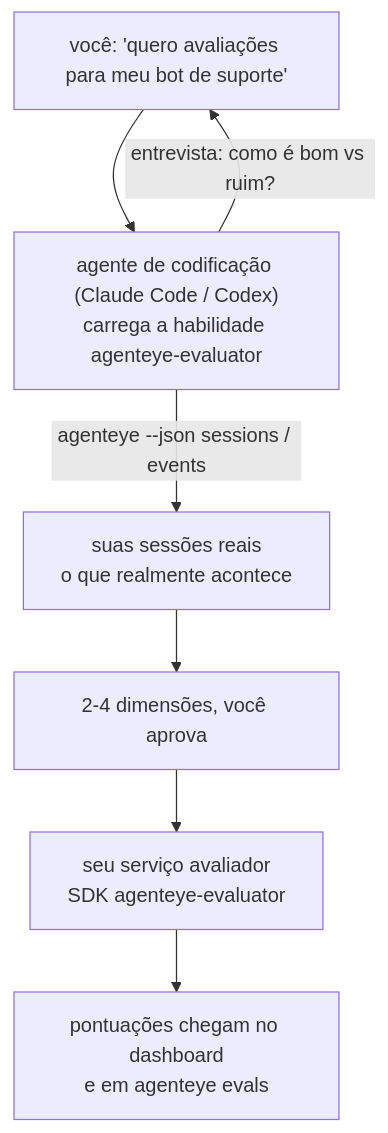
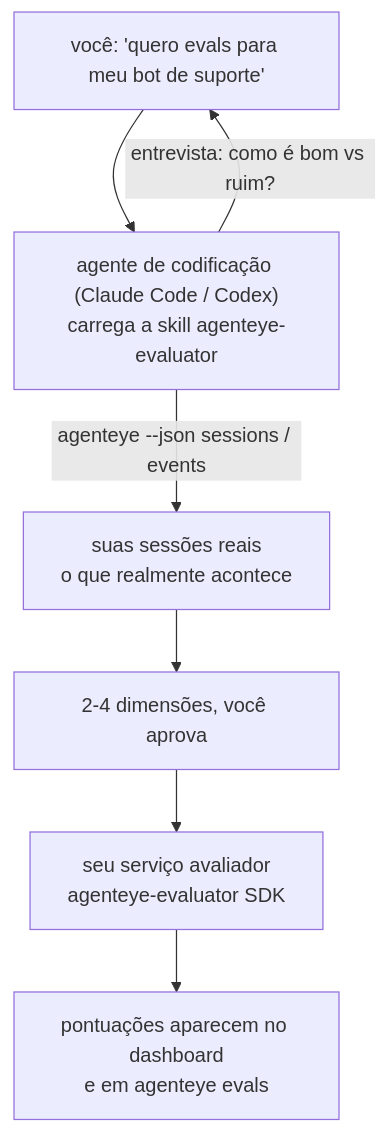
Before and after one commit to FailproofAI/failproofai: the diagram in docs/pt-br/agenteye/evaluator-skill.mdx, drawn with Mermaid. The commit also changed other lines of this file and 677 other files, not shown here.

````diff
--- a/docs/pt-br/agenteye/evaluator-skill.mdx
+++ b/docs/pt-br/agenteye/evaluator-skill.mdx
@@ -21,9 +21,9 @@
 ```mermaid
 flowchart TD
-    YOU["você: 'quero avaliações para meu bot de suporte'"] --> AGENT["agente de codificação (Claude Code / Codex)<br/>carrega a habilidade agenteye-evaluator"]
+    YOU["você: 'quero evals para meu bot de suporte'"] --> AGENT["agente de codificação (Claude Code / Codex)<br/>carrega a skill agenteye-evaluator"]
     AGENT -->|"entrevista: como é bom vs ruim?"| YOU
     AGENT -->|"agenteye --json sessions / events"| DATA["suas sessões reais<br/>o que realmente acontece"]
     DATA --> DIMS["2-4 dimensões, você aprova"]
-    DIMS --> SVC["seu serviço avaliador<br/>SDK agenteye-evaluator"]
-    SVC --> SCORES["pontuações chegam no dashboard<br/>e em agenteye evals"]
+    DIMS --> SVC["seu serviço avaliador<br/>agenteye-evaluator SDK"]
+    SVC --> SCORES["pontuações aparecem no dashboard<br/>e em agenteye evals"]
 ```
````
